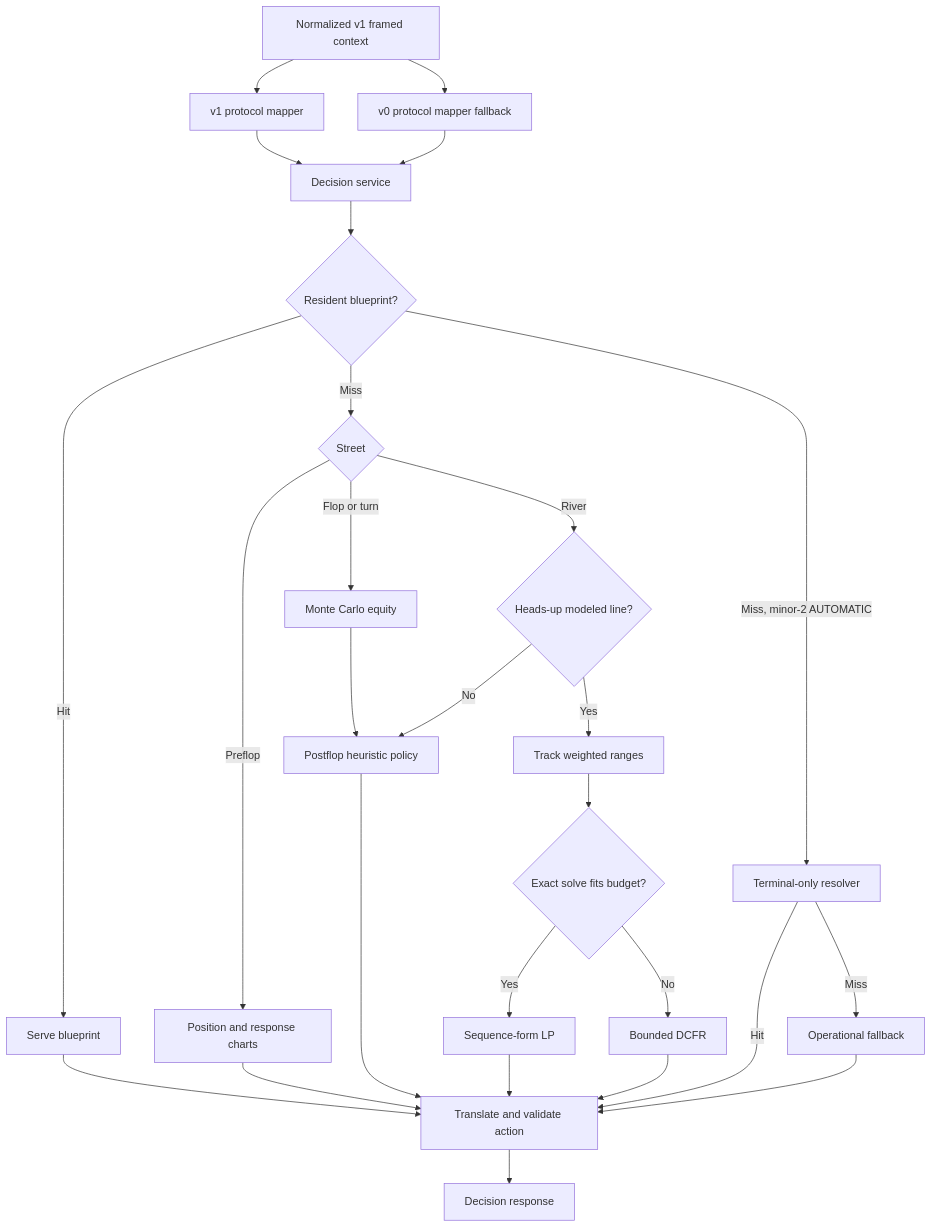
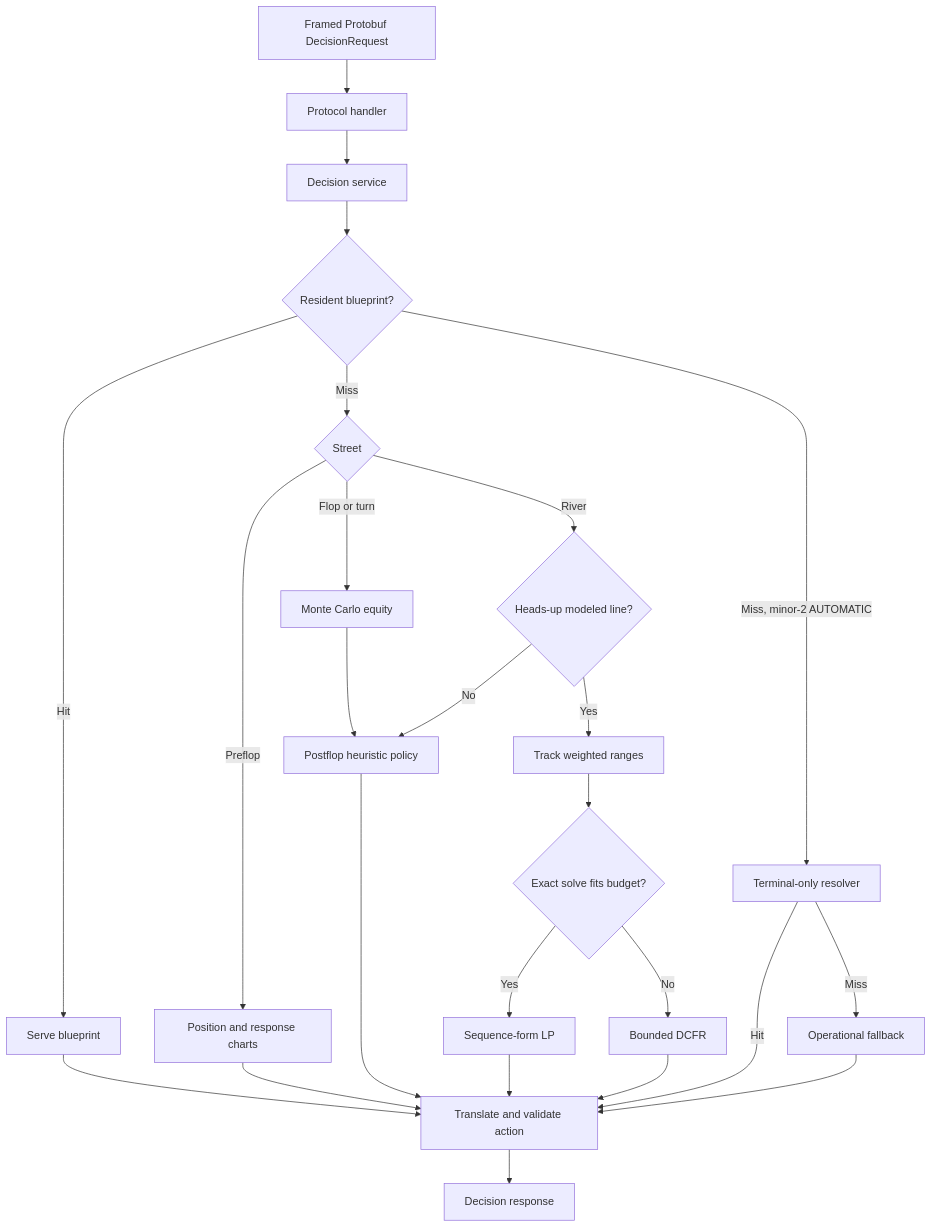
The first of 5 diagrams in docs/design/gto-engine.md (Zzzode/BigShark), drawn with Mermaid before and after one commit. The commit also changed other lines of this file and 160 other files, not shown here.

````diff
--- a/docs/design/gto-engine.md
+++ b/docs/design/gto-engine.md
@@ -35,29 +35,27 @@
 ```mermaid
 flowchart TD
-  Input[Normalized v1 framed context] --> Protocol[v1 protocol mapper]
-  Input --> V0Fallback[v0 protocol mapper fallback]
+  Input[Framed Protobuf DecisionRequest] --> Protocol[Protocol handler]
   Protocol --> Service[Decision service]
-  V0Fallback --> Service
   Service --> Resident{Resident blueprint?}
   Resident -->|Hit| Blueprint[Serve blueprint]
   Resident -->|Miss| Street{Street}
   Street -->|Preflop| Charts[Position and response charts]
   Street -->|Flop or turn| Equity[Monte Carlo equity]
   Equity --> Heuristic[Postflop heuristic policy]
   Street -->|River| Supported{Heads-up modeled line?}
   Supported -->|No| Heuristic
   Supported -->|Yes| Ranges[Track weighted ranges]
   Ranges --> Budget{Exact solve fits budget?}
   Budget -->|Yes| LP[Sequence-form LP]
   Budget -->|No| DCFR[Bounded DCFR]
   Resident -->|Miss, minor-2 AUTOMATIC| Resolve[Terminal-only resolver]
   Resolve -->|Hit| Translate
   Resolve -->|Miss| Fallback[Operational fallback]
   LP --> Translate[Translate and validate action]
   DCFR --> Translate
   Charts --> Translate
   Heuristic --> Translate
   Blueprint --> Translate
   Fallback --> Translate
   Translate --> Output[Decision response]
 ```
````
